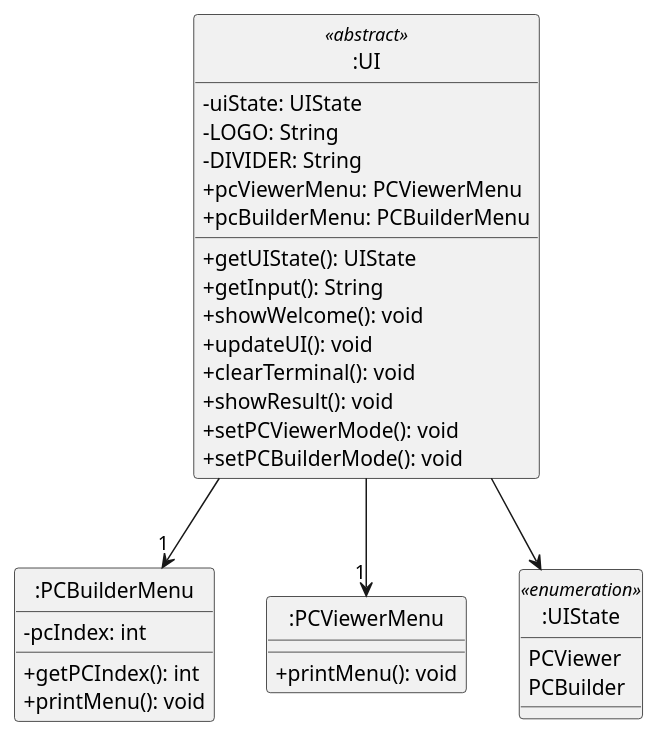
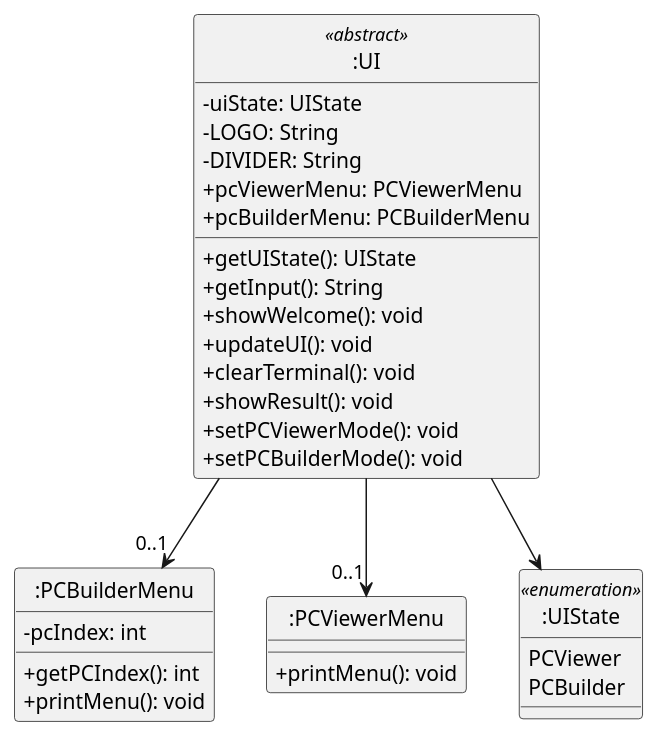
The diagram in docs/uml-source/UIClassDiagram.puml (typingpanda/tp), drawn with PlantUML before and after one commit. The commit also changed 6 other files, not shown here.

Commit message:
Add object diagram to DG

```diff
--- a/docs/uml-source/UIClassDiagram.puml
+++ b/docs/uml-source/UIClassDiagram.puml
@@ -1,47 +1,47 @@
 @startuml
 skinparam classAttributeIconSize 0
 
 class ":UI" as UI
 class ":PCBuilderMenu" as PCBuilderMenu
 class ":PCViewerMenu" as PCViewerMenu
 class ":UIState" as UIState
 
 class UI <<abstract>> {
     -uiState: UIState
     -LOGO: String
     -DIVIDER: String
     +pcViewerMenu: PCViewerMenu
     +pcBuilderMenu: PCBuilderMenu
 
     +getUIState(): UIState
     +getInput(): String
     +showWelcome(): void
     +updateUI(): void
     +clearTerminal(): void
     +showResult(): void
     +setPCViewerMode(): void
     +setPCBuilderMode(): void
 }
 
 class PCBuilderMenu {
     -pcIndex: int
     +getPCIndex(): int
     +printMenu(): void
 }
 
 class PCViewerMenu {
     +printMenu(): void
 }
 
 class UIState <<enumeration>> {
     PCViewer
     PCBuilder
 }
 
-UI --> "1" PCBuilderMenu
-UI --> "1" PCViewerMenu 
+UI --> "0..1" PCBuilderMenu
+UI --> "0..1" PCViewerMenu 
 UI --> UIState
 
 hide class circle
 
 @enduml
```
